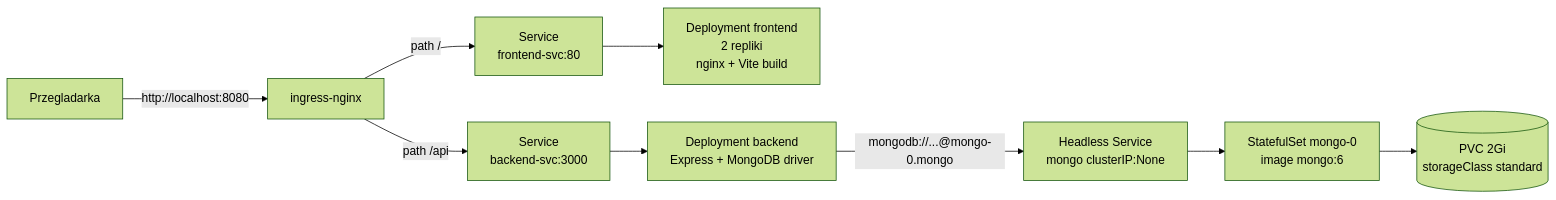
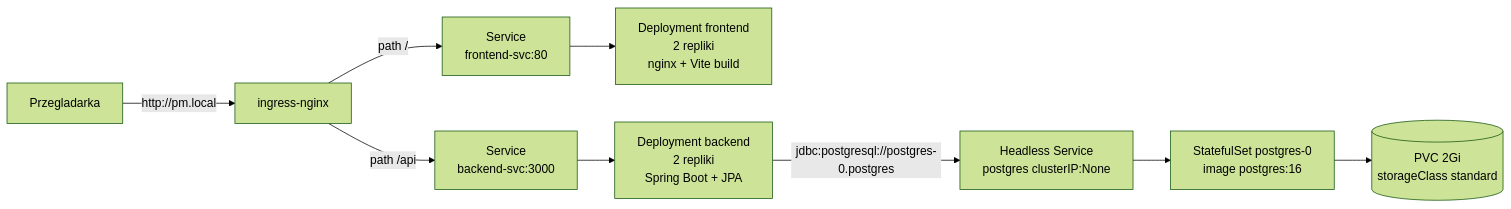
One commit to WojciechGalant1/categories-game changed the diagram in README.md. Above: the diagram before and after it, drawn with Mermaid (forest theme). The commit also changed other lines of this file and 43 other files, not shown here.

Commit message:
Refactor backend to use PostgreSQL instead of MongoDB, updating all relevant configurations, deployment files, and documentation. Change backend technology from Express to Spring Boot with JPA. Update README and Kubernetes manifests to reflect the new architecture and database settings.

````diff
--- a/README.md
+++ b/README.md
@@ -7,11 +7,11 @@
 ```mermaid
 flowchart LR
-    user[Przegladarka] -->|http://localhost:8080| ingress[ingress-nginx]
+    user[Przegladarka] -->|http://pm.local| ingress[ingress-nginx]
     ingress -->|path /| feSvc[Service<br/>frontend-svc:80]
     ingress -->|path /api| beSvc[Service<br/>backend-svc:3000]
     feSvc --> feDep[Deployment frontend<br/>2 repliki<br/>nginx + Vite build]
-    beSvc --> beDep[Deployment backend<br/>Express + MongoDB driver]
-    beDep -->|"mongodb://...@mongo-0.mongo"| mongoHl[Headless Service<br/>mongo clusterIP:None]
-    mongoHl --> mongoSs[StatefulSet mongo-0<br/>image mongo:6]
-    mongoSs --> pvc[(PVC 2Gi<br/>storageClass standard)]
+    beSvc --> beDep[Deployment backend<br/>2 repliki<br/>Spring Boot + JPA]
+    beDep -->|"jdbc:postgresql://postgres-0.postgres"| pgHl[Headless Service<br/>postgres clusterIP:None]
+    pgHl --> pgSs[StatefulSet postgres-0<br/>image postgres:16]
+    pgSs --> pvc[(PVC 2Gi<br/>storageClass standard)]
 ```
````
